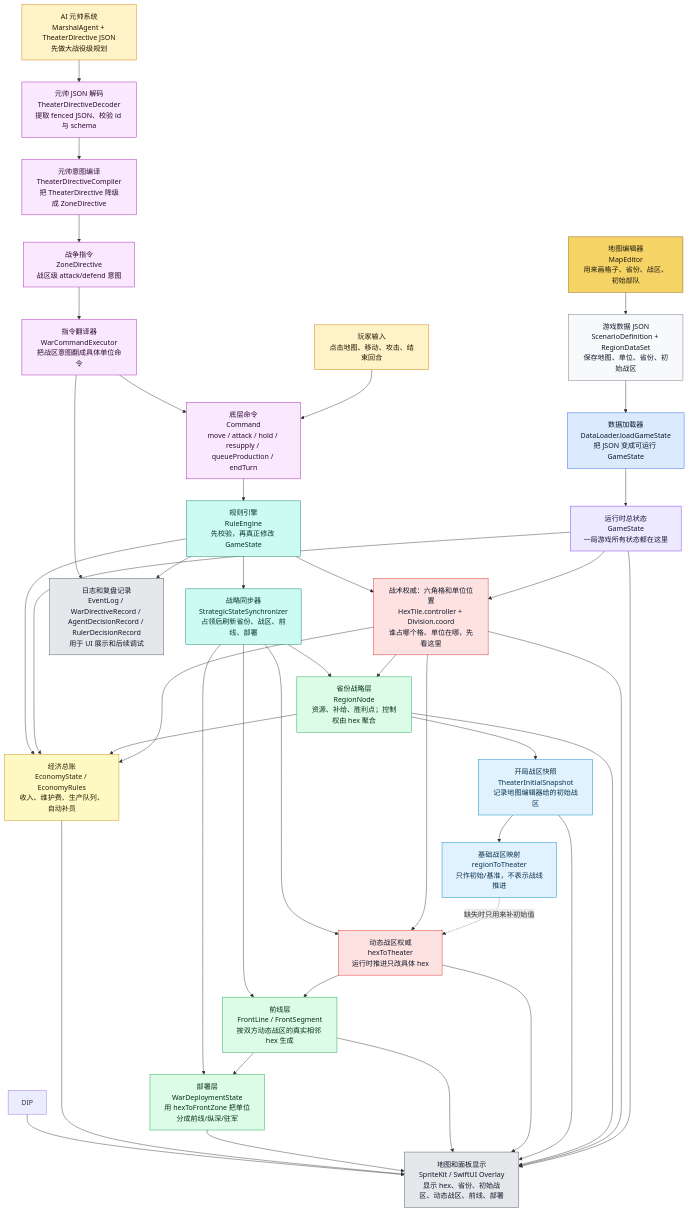
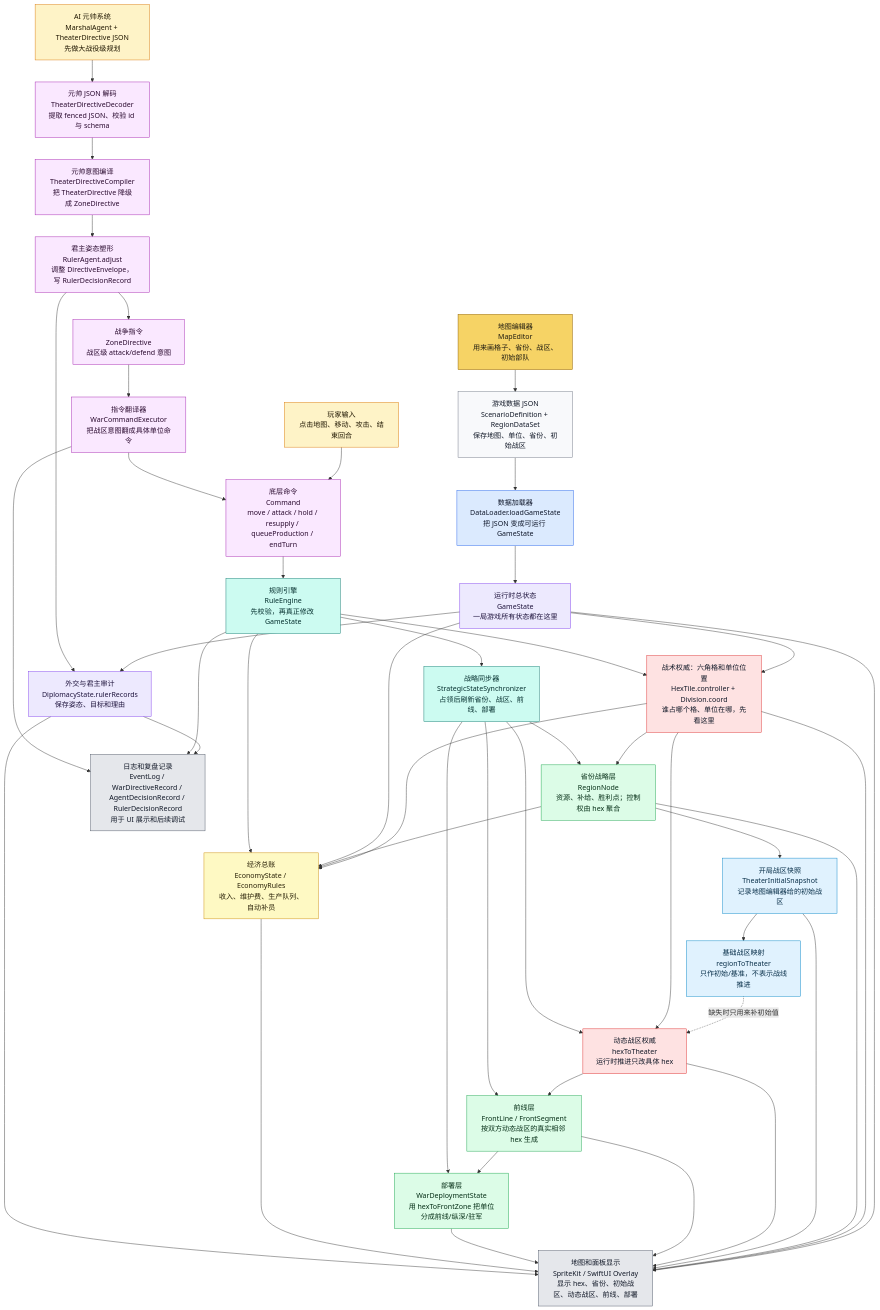
The first of 9 diagrams in md/flow/flowchart.md (Altman-sam114/121), drawn with Mermaid before and after one commit. The commit also changed other lines of this file and 9 other files, not shown here.

Commit message:
feat(ai): apply ruler directive shaping

````diff
--- a/md/flow/flowchart.md
+++ b/md/flow/flowchart.md
@@ -50,75 +51,80 @@
 ```mermaid
 flowchart TD
     ME["地图编辑器<br/>MapEditor<br/>用来画格子、省份、战区、初始部队"]:::editor
     JSON["游戏数据 JSON<br/>ScenarioDefinition + RegionDataSet<br/>保存地图、单位、省份、初始战区"]:::data
     DL["数据加载器<br/>DataLoader.loadGameState<br/>把 JSON 变成可运行 GameState"]:::loader
     GS["运行时总状态<br/>GameState<br/>一局游戏所有状态都在这里"]:::state
 
     HEX["战术权威：六角格和单位位置<br/>HexTile.controller + Division.coord<br/>谁占哪个格、单位在哪，先看这里"]:::authority
     REGION["省份战略层<br/>RegionNode<br/>资源、补给、胜利点；控制权由 hex 聚合"]:::derived
     INIT["开局战区快照<br/>TheaterInitialSnapshot<br/>记录地图编辑器给的初始战区"]:::snapshot
     R2T["基础战区映射<br/>regionToTheater<br/>只作初始/基准，不表示战线推进"]:::snapshot
     H2T["动态战区权威<br/>hexToTheater<br/>运行时推进只改具体 hex"]:::authority
     FRONT["前线层<br/>FrontLine / FrontSegment<br/>按双方动态战区的真实相邻 hex 生成"]:::derived
     DEPLOY["部署层<br/>WarDeploymentState<br/>用 hexToFrontZone 把单位分成前线/纵深/驻军"]:::derived
     ECO["经济总账<br/>EconomyState / EconomyRules<br/>收入、维护费、生产队列、自动补员"]:::economy
     PLAYER["玩家输入<br/>点击地图、移动、攻击、结束回合"]:::input
     AI["AI 元帅系统<br/>MarshalAgent + TheaterDirective JSON<br/>先做大战役级规划"]:::input
     DEC["元帅 JSON 解码<br/>TheaterDirectiveDecoder<br/>提取 fenced JSON、校验 id 与 schema"]:::command
     COMP["元帅意图编译<br/>TheaterDirectiveCompiler<br/>把 TheaterDirective 降级成 ZoneDirective"]:::command
+    RULER["君主姿态塑形<br/>RulerAgent.adjust<br/>调整 DirectiveEnvelope，写 RulerDecisionRecord"]:::command
     ZD["战争指令<br/>ZoneDirective<br/>战区级 attack/defend 意图"]:::command
     WCE["指令翻译器<br/>WarCommandExecutor<br/>把战区意图翻成具体单位命令"]:::command
     CMD["底层命令<br/>Command<br/>move / attack / hold / resupply / queueProduction / endTurn"]:::command
     RE["规则引擎<br/>RuleEngine<br/>先校验，再真正修改 GameState"]:::rules
     SYNC["战略同步器<br/>StrategicStateSynchronizer<br/>占领后刷新省份、战区、前线、部署"]:::rules
+    DIP["外交与君主审计<br/>DiplomacyState.rulerRecords<br/>保存姿态、目标和理由"]:::state
 
     UI["地图和面板显示<br/>SpriteKit / SwiftUI Overlay<br/>显示 hex、省份、初始战区、动态战区、前线、部署"]:::ui
     LOG["日志和复盘记录<br/>EventLog / WarDirectiveRecord / AgentDecisionRecord / RulerDecisionRecord<br/>用于 UI 展示和后续调试"]:::ui
 
     ME --> JSON --> DL --> GS
     GS --> HEX
     HEX --> REGION
     HEX --> ECO
     REGION --> ECO
     REGION --> INIT
     INIT --> R2T
     R2T -.->|缺失时只用来补初始值| H2T
     HEX --> H2T
     H2T --> FRONT --> DEPLOY
     GS --> ECO
+    GS --> DIP
 
     PLAYER --> CMD
-    AI --> DEC --> COMP --> ZD --> WCE --> CMD
+    AI --> DEC --> COMP --> RULER --> ZD --> WCE --> CMD
+    RULER --> DIP
     CMD --> RE --> HEX
     RE --> ECO
     RE --> SYNC
     SYNC --> REGION
     SYNC --> H2T
     SYNC --> FRONT
     SYNC --> DEPLOY
 
     GS --> UI
     HEX --> UI
     REGION --> UI
     INIT --> UI
     H2T --> UI
     FRONT --> UI
     DEPLOY --> UI
     ECO --> UI
     DIP --> UI
+    DIP --> LOG
     RE --> LOG
     WCE --> LOG
 
     classDef editor fill:#f6d365,stroke:#8a5a00,color:#1f1b10
     classDef data fill:#f8f9fb,stroke:#6b7280,color:#111827
     classDef loader fill:#dbeafe,stroke:#2563eb,color:#0f172a
     classDef state fill:#ede9fe,stroke:#7c3aed,color:#1f143d
     classDef authority fill:#fee2e2,stroke:#dc2626,color:#111827
     classDef derived fill:#dcfce7,stroke:#16a34a,color:#052e16
     classDef snapshot fill:#e0f2fe,stroke:#0284c7,color:#082f49
     classDef input fill:#fef3c7,stroke:#d97706,color:#1f1600
     classDef economy fill:#fef9c3,stroke:#ca8a04,color:#292107
     classDef command fill:#fae8ff,stroke:#a21caf,color:#2a0a2f
     classDef rules fill:#ccfbf1,stroke:#0f766e,color:#042f2e
     classDef ui fill:#e5e7eb,stroke:#4b5563,color:#111827
 ```
````
